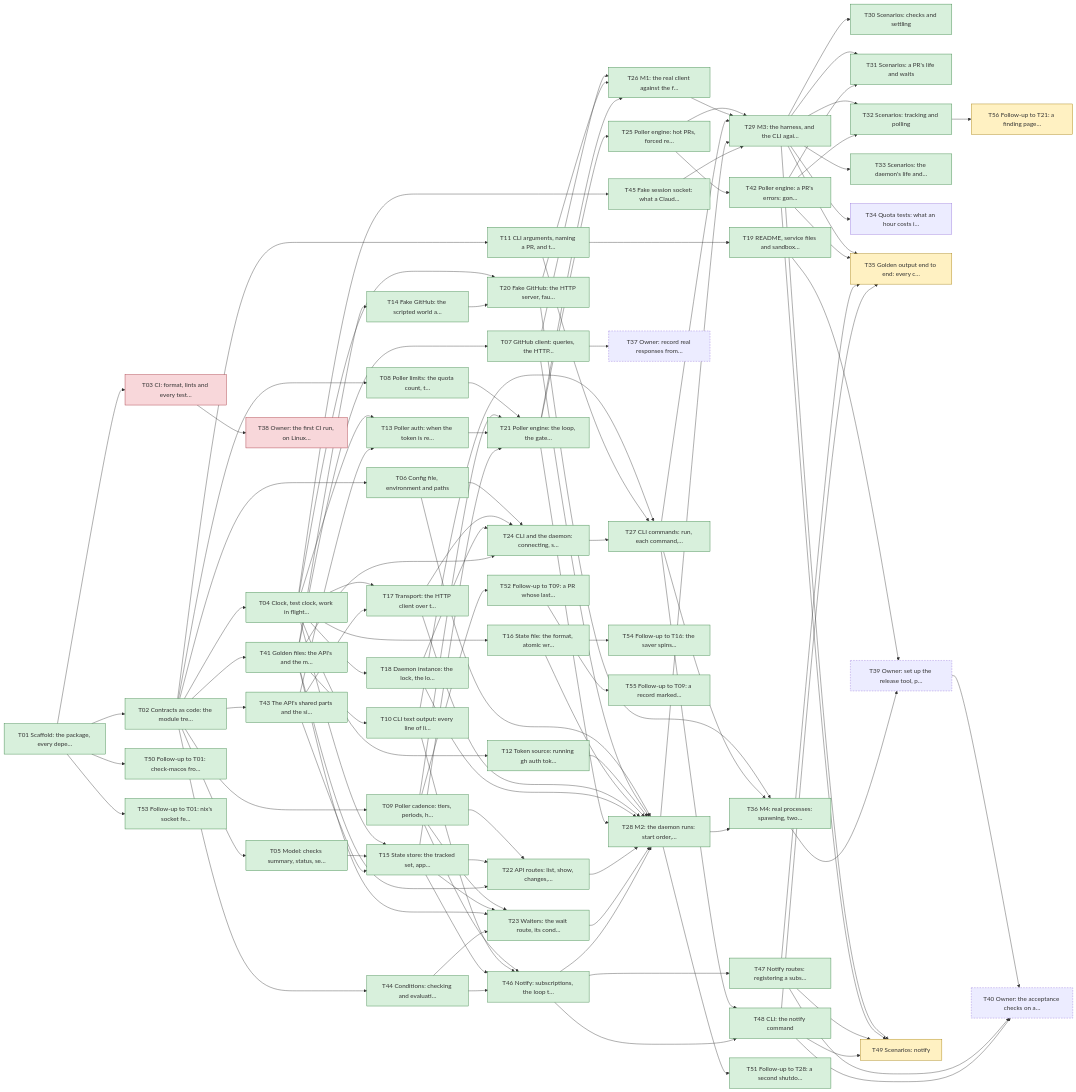
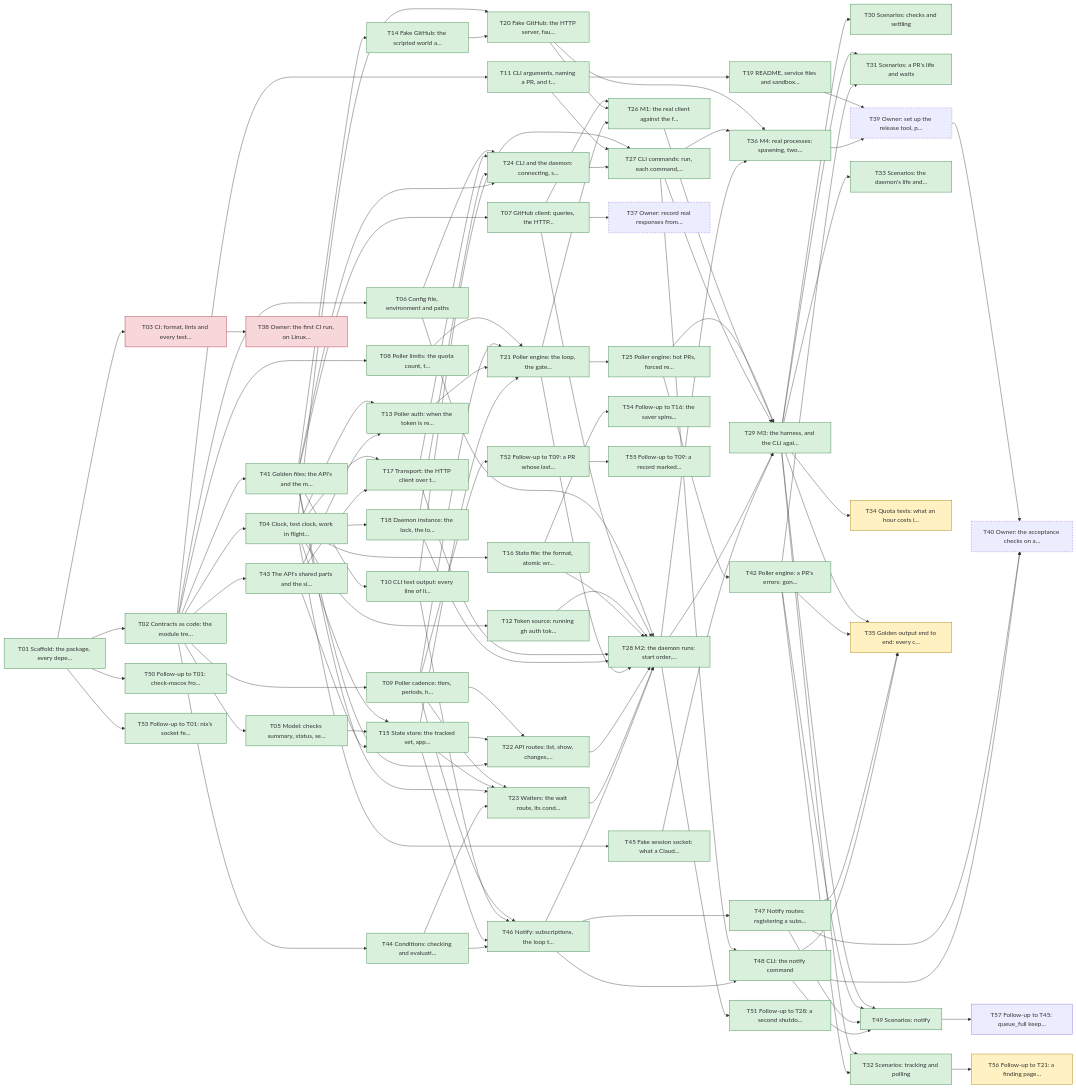
Before and after one commit to yachiko/circitor: the diagram in plan/README.md, drawn with Mermaid. The commit also changed other lines of this file and 4 other files, not shown here.

Commit message:
Record T49 as done; D16 and follow-up T57

```diff
--- a/plan/README.md
+++ b/plan/README.md
@@ -176,7 +177,7 @@
   T31["T31 Scenarios: a PR's life and waits"]:::done
   T32["T32 Scenarios: tracking and polling"]:::done
   T33["T33 Scenarios: the daemon's life and…"]:::done
-  T34["T34 Quota tests: what an hour costs i…"]
+  T34["T34 Quota tests: what an hour costs i…"]:::active
   T35["T35 Golden output end to end: every c…"]:::active
   T36["T36 M4: real processes: spawning, two…"]:::done
   T37["T37 Owner: record real responses from…"]:::manual
@@ -191,7 +192,7 @@
   T46["T46 Notify: subscriptions, the loop t…"]:::done
   T47["T47 Notify routes: registering a subs…"]:::done
   T48["T48 CLI: the notify command"]:::done
-  T49["T49 Scenarios: notify"]:::active
+  T49["T49 Scenarios: notify"]:::done
   T50["T50 Follow-up to T01: check-macos fro…"]:::done
   T51["T51 Follow-up to T28: a second shutdo…"]:::done
   T52["T52 Follow-up to T09: a PR whose last…"]:::done
@@ -199,6 +200,7 @@
   T54["T54 Follow-up to T16: the saver spins…"]:::done
   T55["T55 Follow-up to T09: a record marked…"]:::done
   T56["T56 Follow-up to T21: a finding page…"]:::active
+  T57["T57 Follow-up to T45: queue_full keep…"]
   T01 --> T02
   T01 --> T03
   T02 --> T04
@@ -304,6 +306,7 @@
   T16 --> T54
   T52 --> T55
   T32 --> T56
+  T49 --> T57
   classDef done fill:#d8f0dc,stroke:#2f7d3b
   classDef active fill:#fff1c2,stroke:#a07800
   classDef blocked fill:#f8d7da,stroke:#a12a35
```
